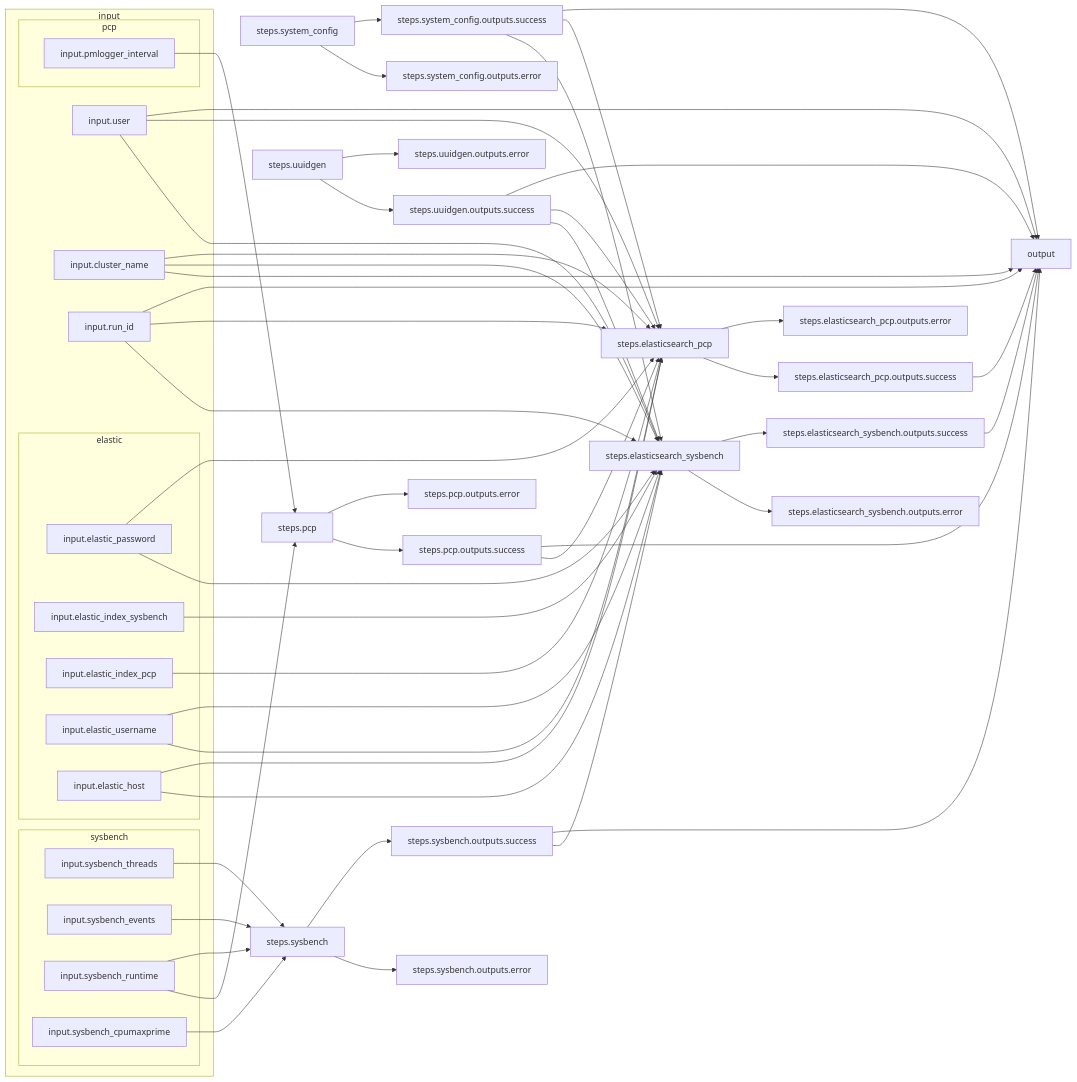
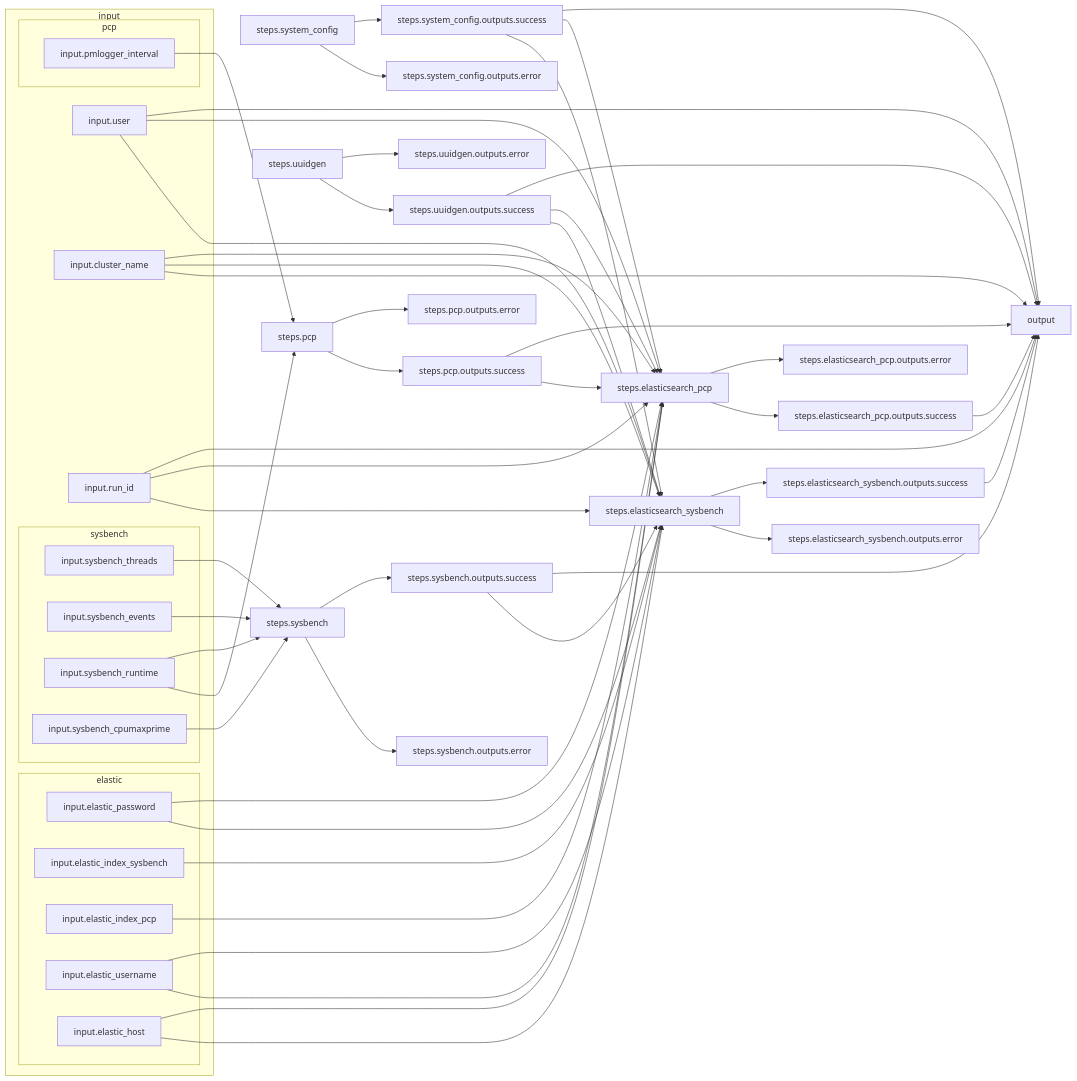
The diagram in perfscale-automotive/sysbench-pcp/README.md (redhat-performance/arcaflow-workflows), drawn with Mermaid before and after one commit. The commit also changed other lines of this file, not shown here.

Commit message:
reorder mermaid graph input for better clarity

````diff
--- a/perfscale-automotive/sysbench-pcp/README.md
+++ b/perfscale-automotive/sysbench-pcp/README.md
@@ -67,71 +67,71 @@
 ```mermaid
 flowchart LR
 subgraph input
 input.user
 input.cluster_name
 input.run_id
-subgraph sysbench
-input.sysbench_threads
-input.sysbench_events
-input.sysbench_runtime
-input.sysbench_cpumaxprime
-end
 subgraph elastic
 input.elastic_password
 input.elastic_index_sysbench
 input.elastic_index_pcp 
 input.elastic_username
 input.elastic_host
+end
+subgraph sysbench
+input.sysbench_threads
+input.sysbench_events
+input.sysbench_runtime
+input.sysbench_cpumaxprime
 end
 subgraph pcp
 input.pmlogger_interval
 end
 end
 steps.system_config-->steps.system_config.outputs.error
 steps.system_config-->steps.system_config.outputs.success
 steps.elasticsearch_sysbench.outputs.success-->output
 input.cluster_name-->output
 input.cluster_name-->steps.elasticsearch_sysbench
 input.cluster_name-->steps.elasticsearch_pcp
 steps.pcp-->steps.pcp.outputs.success
 steps.pcp-->steps.pcp.outputs.error
 input.user-->steps.elasticsearch_sysbench
 input.user-->steps.elasticsearch_pcp
 input.user-->output
 steps.elasticsearch_pcp.outputs.success-->output
 steps.system_config.outputs.success-->steps.elasticsearch_sysbench
 steps.system_config.outputs.success-->steps.elasticsearch_pcp
 steps.system_config.outputs.success-->output
 input.sysbench_cpumaxprime-->steps.sysbench
 input.elastic_index_pcp-->steps.elasticsearch_pcp
 steps.sysbench-->steps.sysbench.outputs.error
 steps.sysbench-->steps.sysbench.outputs.success
 steps.uuidgen.outputs.success-->steps.elasticsearch_sysbench
 steps.uuidgen.outputs.success-->steps.elasticsearch_pcp
 steps.uuidgen.outputs.success-->output
 input.sysbench_runtime-->steps.pcp
 input.sysbench_runtime-->steps.sysbench
 steps.pcp.outputs.success-->steps.elasticsearch_pcp
 steps.pcp.outputs.success-->output
 steps.elasticsearch_sysbench-->steps.elasticsearch_sysbench.outputs.error
 steps.elasticsearch_sysbench-->steps.elasticsearch_sysbench.outputs.success
 input.sysbench_threads-->steps.sysbench
 input.elastic_password-->steps.elasticsearch_sysbench
 input.elastic_password-->steps.elasticsearch_pcp
 input.sysbench_events-->steps.sysbench
 input.elastic_host-->steps.elasticsearch_sysbench
 input.elastic_host-->steps.elasticsearch_pcp
 steps.uuidgen-->steps.uuidgen.outputs.success
 steps.uuidgen-->steps.uuidgen.outputs.error
 input.elastic_username-->steps.elasticsearch_pcp
 input.elastic_username-->steps.elasticsearch_sysbench
 input.run_id-->steps.elasticsearch_sysbench
 input.run_id-->steps.elasticsearch_pcp
 input.run_id-->output
 input.pmlogger_interval-->steps.pcp
 steps.sysbench.outputs.success-->steps.elasticsearch_sysbench
 steps.sysbench.outputs.success-->output
 steps.elasticsearch_pcp-->steps.elasticsearch_pcp.outputs.success
 steps.elasticsearch_pcp-->steps.elasticsearch_pcp.outputs.error
 input.elastic_index_sysbench-->steps.elasticsearch_sysbench
 ```
````
